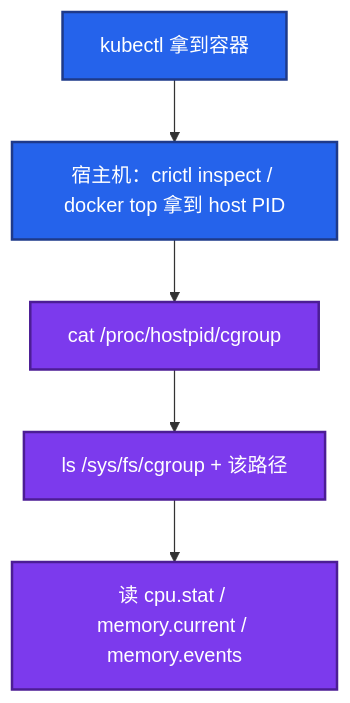
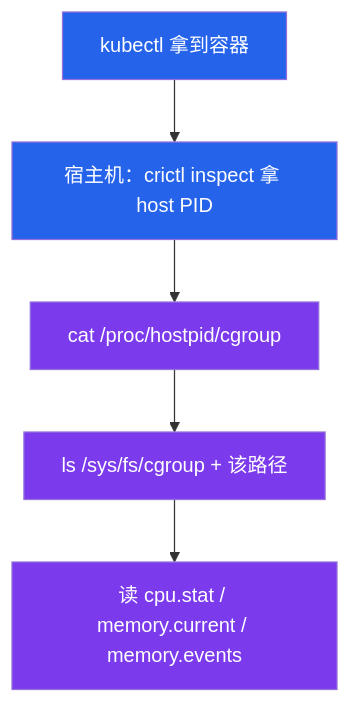
The sixth of 8 diagrams in 02-基础底座/07-cgroup与容器/知识点.md (ml-cuizijun/LearnToLilith), drawn with Mermaid before and after one commit. The commit also changed other lines of this file and 213 other files, not shown here.

````diff
--- a/02-基础底座/07-cgroup与容器/知识点.md
+++ b/02-基础底座/07-cgroup与容器/知识点.md
@@ -255,12 +203,12 @@
 ```mermaid
 flowchart TB
-    A[kubectl 拿到容器] --> B[宿主机：crictl inspect / docker top 拿到 host PID]
+    A[kubectl 拿到容器] --> B[宿主机：crictl inspect 拿 host PID]
     B --> C["cat /proc/hostpid/cgroup"]
     C --> D[ls /sys/fs/cgroup + 该路径]
     D --> E[读 cpu.stat / memory.current / memory.events]
 
-    classDef a fill:#2563EB,stroke:#1E3A8A,stroke-width:2px,color:#fff
-    classDef b fill:#7C3AED,stroke:#4C1D95,stroke-width:2px,color:#fff
+    classDef a fill:#2563EB,color:#fff
+    classDef b fill:#7C3AED,color:#fff
     class A,B a
     class C,D,E b
 ```
````
